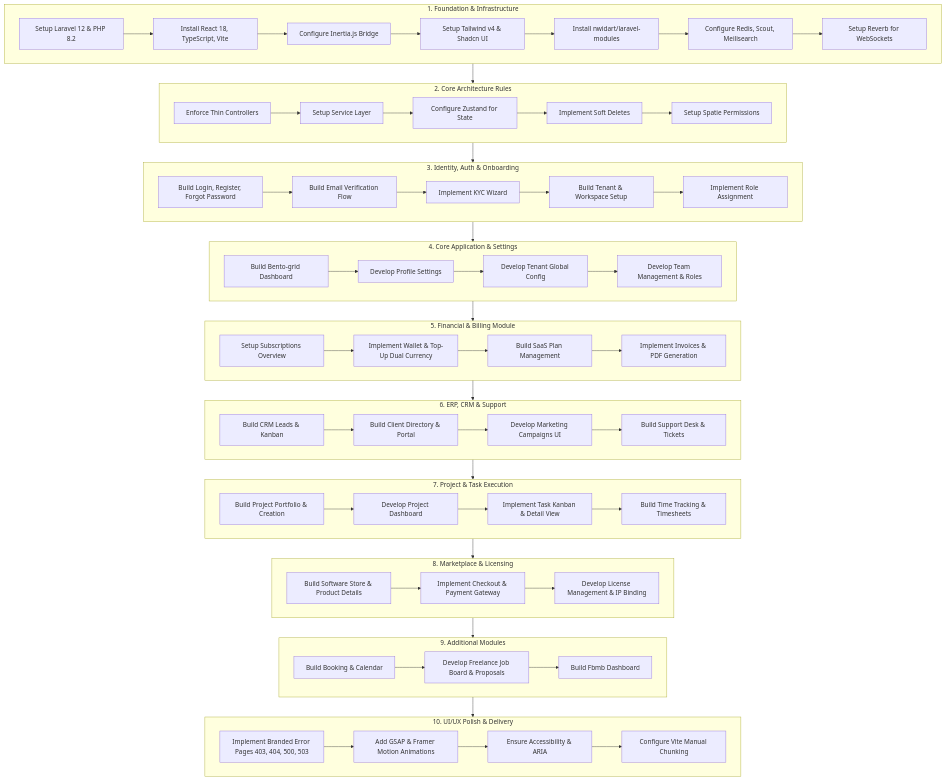
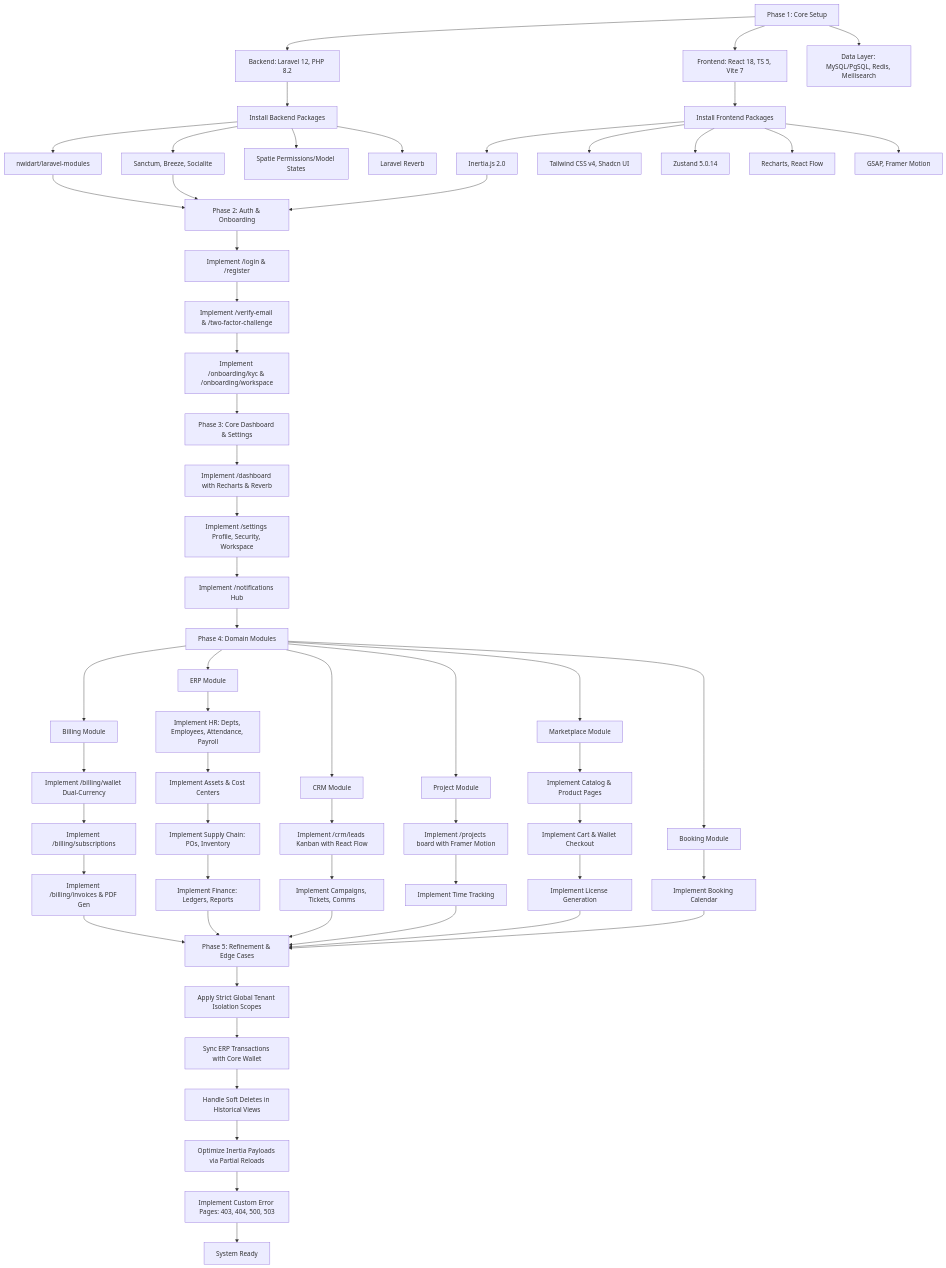
One commit to musoftware/Musoftwares changed the diagram in .control/blueprint.mermaid. Above: the diagram before and after it, drawn with Mermaid. The commit also changed 70 other files, not shown here.

```diff
--- a/.control/blueprint.mermaid
+++ b/.control/blueprint.mermaid
@@ -1,111 +1,73 @@
 flowchart TD
-    subgraph Foundation[1. Foundation & Infrastructure]
-        F1[Setup Laravel 12 & PHP 8.2]
-        F2[Install React 18, TypeScript, Vite]
-        F3[Configure Inertia.js Bridge]
-        F4[Setup Tailwind v4 & Shadcn UI]
-        F5[Install nwidart/laravel-modules]
-        F6[Configure Redis, Scout, Meilisearch]
-        F7[Setup Reverb for WebSockets]
-        
-        F1 --> F2 --> F3 --> F4 --> F5 --> F6 --> F7
-    end
+    phase1_init[Phase 1: Core Setup] --> be_setup[Backend: Laravel 12, PHP 8.2]
+    phase1_init --> fe_setup[Frontend: React 18, TS 5, Vite 7]
+    phase1_init --> db_setup[Data Layer: MySQL/PgSQL, Redis, Meilisearch]
 
-    subgraph Architecture[2. Core Architecture Rules]
-        A1[Enforce Thin Controllers]
-        A2[Setup Service Layer]
-        A3[Configure Zustand for State]
-        A4[Implement Soft Deletes]
-        A5[Setup Spatie Permissions]
-        
-        A1 --> A2 --> A3 --> A4 --> A5
-    end
+    be_setup --> be_packages[Install Backend Packages]
+    be_packages --> pkg_modules[nwidart/laravel-modules]
+    be_packages --> pkg_auth[Sanctum, Breeze, Socialite]
+    be_packages --> pkg_roles[Spatie Permissions/Model States]
+    be_packages --> pkg_ws[Laravel Reverb]
 
-    Foundation --> Architecture
+    fe_setup --> fe_packages[Install Frontend Packages]
+    fe_packages --> pkg_inertia[Inertia.js 2.0]
+    fe_packages --> pkg_styles[Tailwind CSS v4, Shadcn UI]
+    fe_packages --> pkg_state[Zustand 5.0.14]
+    fe_packages --> pkg_viz[Recharts, React Flow]
+    fe_packages --> pkg_anim[GSAP, Framer Motion]
 
-    subgraph AuthOnboarding[3. Identity, Auth & Onboarding]
-        AO1[Build Login, Register, Forgot Password]
-        AO2[Build Email Verification Flow]
-        AO3[Implement KYC Wizard]
-        AO4[Build Tenant & Workspace Setup]
-        AO5[Implement Role Assignment]
-        
-        AO1 --> AO2 --> AO3 --> AO4 --> AO5
-    end
+    pkg_modules --> phase2_auth[Phase 2: Auth & Onboarding]
+    pkg_auth --> phase2_auth
+    pkg_inertia --> phase2_auth
 
-    Architecture --> AuthOnboarding
+    phase2_auth --> route_login[Implement /login & /register]
+    route_login --> route_verify[Implement /verify-email & /two-factor-challenge]
+    route_verify --> route_onboard[Implement /onboarding/kyc & /onboarding/workspace]
 
-    subgraph CoreApp[4. Core Application & Settings]
-        C1[Build Bento-grid Dashboard]
-        C2[Develop Profile Settings]
-        C3[Develop Tenant Global Config]
-        C4[Develop Team Management & Roles]
-        
-        C1 --> C2 --> C3 --> C4
-    end
+    route_onboard --> phase3_core[Phase 3: Core Dashboard & Settings]
+    phase3_core --> route_dash[Implement /dashboard with Recharts & Reverb]
+    route_dash --> route_settings[Implement /settings Profile, Security, Workspace]
+    route_settings --> route_notif[Implement /notifications Hub]
 
-    AuthOnboarding --> CoreApp
+    route_notif --> phase4_modules[Phase 4: Domain Modules]
 
-    subgraph FinanceBilling[5. Financial & Billing Module]
-        FB1[Setup Subscriptions Overview]
-        FB2[Implement Wallet & Top-Up Dual Currency]
-        FB3[Build SaaS Plan Management]
-        FB4[Implement Invoices & PDF Generation]
-        
-        FB1 --> FB2 --> FB3 --> FB4
-    end
+    phase4_modules --> mod_billing[Billing Module]
+    mod_billing --> bill_wallet[Implement /billing/wallet Dual-Currency]
+    bill_wallet --> bill_subs[Implement /billing/subscriptions]
+    bill_subs --> bill_inv[Implement /billing/invoices & PDF Gen]
 
-    CoreApp --> FinanceBilling
+    phase4_modules --> mod_erp[ERP Module]
+    mod_erp --> erp_hr[Implement HR: Depts, Employees, Attendance, Payroll]
+    erp_hr --> erp_assets[Implement Assets & Cost Centers]
+    erp_assets --> erp_supply[Implement Supply Chain: POs, Inventory]
+    erp_supply --> erp_finance[Implement Finance: Ledgers, Reports]
 
-    subgraph ERP_CRM[6. ERP, CRM & Support]
-        EC1[Build CRM Leads & Kanban]
-        EC2[Build Client Directory & Portal]
-        EC3[Develop Marketing Campaigns UI]
-        EC4[Build Support Desk & Tickets]
-        
-        EC1 --> EC2 --> EC3 --> EC4
-    end
+    phase4_modules --> mod_crm[CRM Module]
+    mod_crm --> crm_leads[Implement /crm/leads Kanban with React Flow]
+    crm_leads --> crm_rest[Implement Campaigns, Tickets, Comms]
 
-    FinanceBilling --> ERP_CRM
+    phase4_modules --> mod_proj[Project Module]
+    mod_proj --> proj_board[Implement /projects board with Framer Motion]
+    proj_board --> proj_time[Implement Time Tracking]
 
-    subgraph ProjectsTasks[7. Project & Task Execution]
-        PT1[Build Project Portfolio & Creation]
-        PT2[Develop Project Dashboard]
-        PT3[Implement Task Kanban & Detail View]
-        PT4[Build Time Tracking & Timesheets]
-        
-        PT1 --> PT2 --> PT3 --> PT4
-    end
+    phase4_modules --> mod_market[Marketplace Module]
+    mod_market --> market_catalog[Implement Catalog & Product Pages]
+    market_catalog --> market_cart[Implement Cart & Wallet Checkout]
+    market_cart --> market_license[Implement License Generation]
 
-    ERP_CRM --> ProjectsTasks
+    phase4_modules --> mod_book[Booking Module]
+    mod_book --> book_cal[Implement Booking Calendar]
 
-    subgraph Marketplace[8. Marketplace & Licensing]
-        ML1[Build Software Store & Product Details]
-        ML2[Implement Checkout & Payment Gateway]
-        ML3[Develop License Management & IP Binding]
-        
-        ML1 --> ML2 --> ML3
-    end
+    bill_inv --> phase5_polish[Phase 5: Refinement & Edge Cases]
+    erp_finance --> phase5_polish
+    crm_rest --> phase5_polish
+    proj_time --> phase5_polish
+    market_license --> phase5_polish
+    book_cal --> phase5_polish
 
-    ProjectsTasks --> Marketplace
-
-    subgraph ExtraModules[9. Additional Modules]
-        EX1[Build Booking & Calendar]
-        EX2[Develop Freelance Job Board & Proposals]
-        EX3[Build Fbmb Dashboard]
-        
-        EX1 --> EX2 --> EX3
-    end
-
-    Marketplace --> ExtraModules
-
-    subgraph UIUX[10. UI/UX Polish & Delivery]
-        U1[Implement Branded Error Pages 403, 404, 500, 503]
-        U2[Add GSAP & Framer Motion Animations]
-        U3[Ensure Accessibility & ARIA]
-        U4[Configure Vite Manual Chunking]
-        
-        U1 --> U2 --> U3 --> U4
-    end
-
-    ExtraModules --> UIUX
+    phase5_polish --> opt_tenant[Apply Strict Global Tenant Isolation Scopes]
+    opt_tenant --> opt_sync[Sync ERP Transactions with Core Wallet]
+    opt_sync --> opt_softdel[Handle Soft Deletes in Historical Views]
+    opt_softdel --> opt_inertia[Optimize Inertia Payloads via Partial Reloads]
+    opt_inertia --> err_pages[Implement Custom Error Pages: 403, 404, 500, 503]
+    err_pages --> final_launch[System Ready]
```
